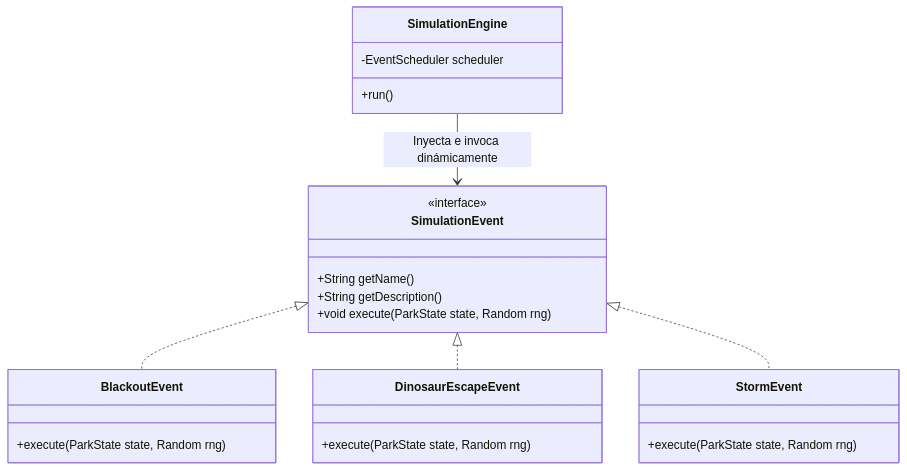
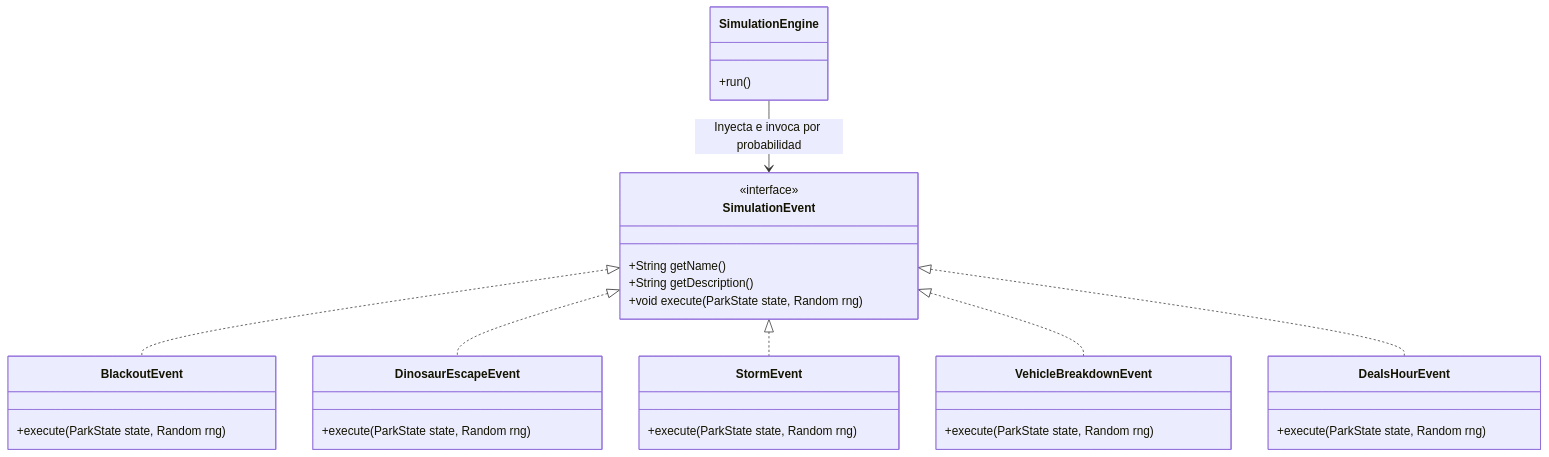
The second of 2 diagrams in README.md (isaking0233/Bloque_4_Practica), drawn with Mermaid before and after one commit. The commit also changed other lines of this file and 18 other files, not shown here.

````diff
--- a/README.md
+++ b/README.md
@@ -32,28 +33,35 @@
 ```mermaid
 classDiagram
     class SimulationEvent {
         <<interface>>
         +String getName()
         +String getDescription()
         +void execute(ParkState state, Random rng)
     }
     class BlackoutEvent {
         +execute(ParkState state, Random rng)
     }
     class DinosaurEscapeEvent {
         +execute(ParkState state, Random rng)
     }
     class StormEvent {
         +execute(ParkState state, Random rng)
     }
+    class VehicleBreakdownEvent {
+        +execute(ParkState state, Random rng)
+    }
+    class DealsHourEvent {
+        +execute(ParkState state, Random rng)
+    }
     
     SimulationEvent <|.. BlackoutEvent
     SimulationEvent <|.. DinosaurEscapeEvent
     SimulationEvent <|.. StormEvent
+    SimulationEvent <|.. VehicleBreakdownEvent
+    SimulationEvent <|.. DealsHourEvent
     
     class SimulationEngine {
-        -EventScheduler scheduler
         +run()
     }
-    SimulationEngine --> SimulationEvent : Inyecta e invoca dinámicamente
+    SimulationEngine --> SimulationEvent : Inyecta e invoca por probabilidad
 ```
````
